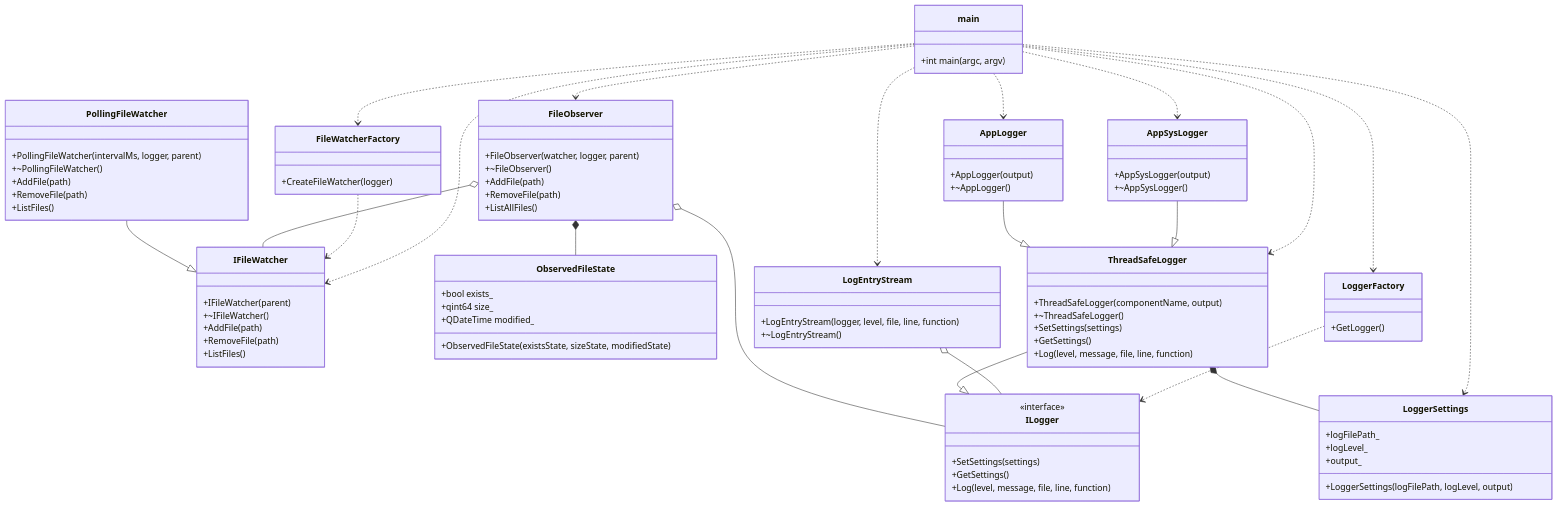
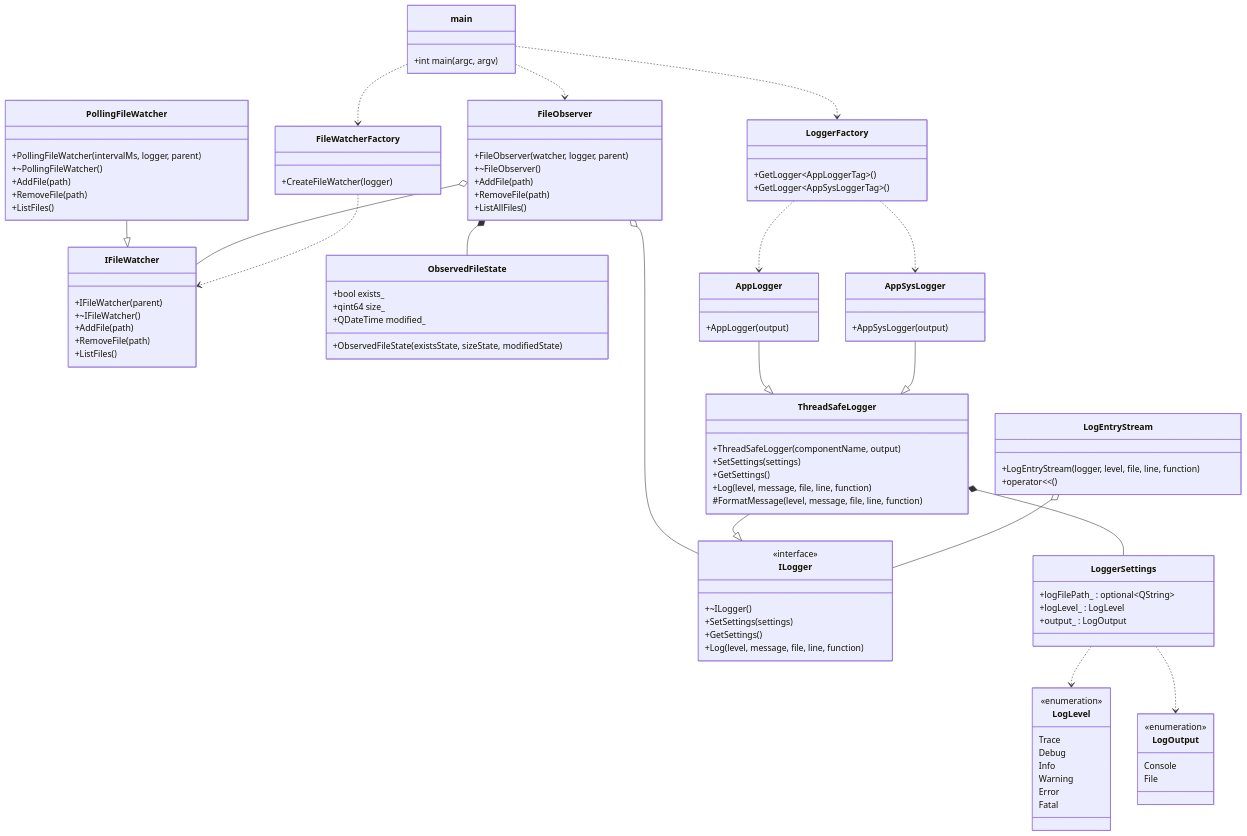
Before and after one commit to artoshechka/programming_tech_lab_1: the diagram in README.md, drawn with Mermaid.

Commit message:
improve uml diag

````diff
--- a/README.md
+++ b/README.md
@@ -73,37 +73,50 @@
 
 		class ILogger {
 			<<interface>>
+			+~ILogger()
 			+SetSettings(settings)
 			+GetSettings()
 			+Log(level, message, file, line, function)
 		}
 		class ThreadSafeLogger {
 			+ThreadSafeLogger(componentName, output)
-			+~ThreadSafeLogger()
 			+SetSettings(settings)
 			+GetSettings()
 			+Log(level, message, file, line, function)
+			#FormatMessage(level, message, file, line, function)
 		}
 		class AppLogger {
 			+AppLogger(output)
-			+~AppLogger()
 		}
 		class AppSysLogger {
 			+AppSysLogger(output)
-			+~AppSysLogger()
 		}
 		class LoggerSettings {
-			+LoggerSettings(logFilePath, logLevel, output)
-			+logFilePath_
-			+logLevel_
-			+output_
+			+logFilePath_ : optional~QString~
+			+logLevel_ : LogLevel
+			+output_ : LogOutput
 		}
 		class LogEntryStream {
 			+LogEntryStream(logger, level, file, line, function)
-			+~LogEntryStream()
+			+operator<<()
 		}
 		class LoggerFactory {
-			+GetLogger<TLoggerTag>()
+			+GetLogger~AppLoggerTag~()
+			+GetLogger~AppSysLoggerTag~()
+	}
+		class LogLevel {
+			<<enumeration>>
+			Trace
+			Debug
+			Info
+			Warning
+			Error
+			Fatal
+	}
+		class LogOutput {
+			<<enumeration>>
+			Console
+			File
 	}
 
 	PollingFileWatcher --|> IFileWatcher
@@ -115,17 +128,14 @@
 	AppSysLogger --|> ThreadSafeLogger
 	ThreadSafeLogger *-- LoggerSettings
 	LogEntryStream o-- ILogger
+	LoggerSettings ..> LogLevel
+	LoggerSettings ..> LogOutput
  
 	FileWatcherFactory ..> IFileWatcher 
-	LoggerFactory ..> ILogger 
+	LoggerFactory ..> AppLogger
+	LoggerFactory ..> AppSysLogger
 
 	main ..> FileObserver 
 	main ..> FileWatcherFactory 
 	main ..> LoggerFactory 
-	main ..> LoggerSettings 
-	main ..> LogEntryStream 
-	main ..> AppLogger 
-	main ..> AppSysLogger 
-	main ..> ThreadSafeLogger 
-	main ..> IFileWatcher 
 ```
````
